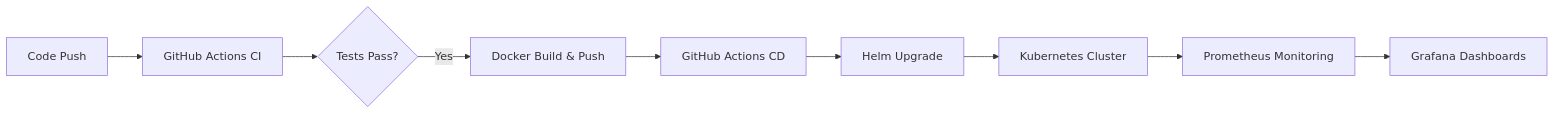
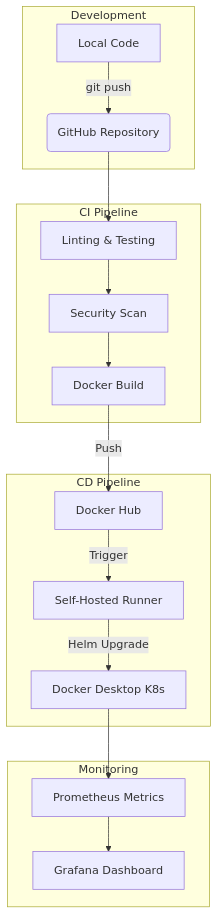
The diagram in README.md (kapilverse/END-TO-END-PIPELINE_DEVOPS), drawn with Mermaid before and after one commit. The commit also changed other lines of this file, not shown here.

````diff
--- a/README.md
+++ b/README.md
@@ -15,11 +24,23 @@
 ```mermaid
-graph LR
-    A[Code Push] --> B[GitHub Actions CI]
-    B --> C{Tests Pass?}
-    C -- Yes --> D[Docker Build & Push]
-    D --> E[GitHub Actions CD]
-    E --> F[Helm Upgrade]
-    F --> G[Kubernetes Cluster]
-    G --> H[Prometheus Monitoring]
-    H --> I[Grafana Dashboards]
+graph TD
+    subgraph Development
+        A[Local Code] -->|git push| B(GitHub Repository)
+    end
+    
+    subgraph CI Pipeline
+        B --> C[Linting & Testing]
+        C --> D[Security Scan]
+        D --> E[Docker Build]
+    end
+    
+    subgraph CD Pipeline
+        E -->|Push| F[Docker Hub]
+        F -->|Trigger| G[Self-Hosted Runner]
+        G -->|Helm Upgrade| H[Docker Desktop K8s]
+    end
+    
+    subgraph Monitoring
+        H --> I[Prometheus Metrics]
+        I --> J[Grafana Dashboard]
+    end
 ```
````
